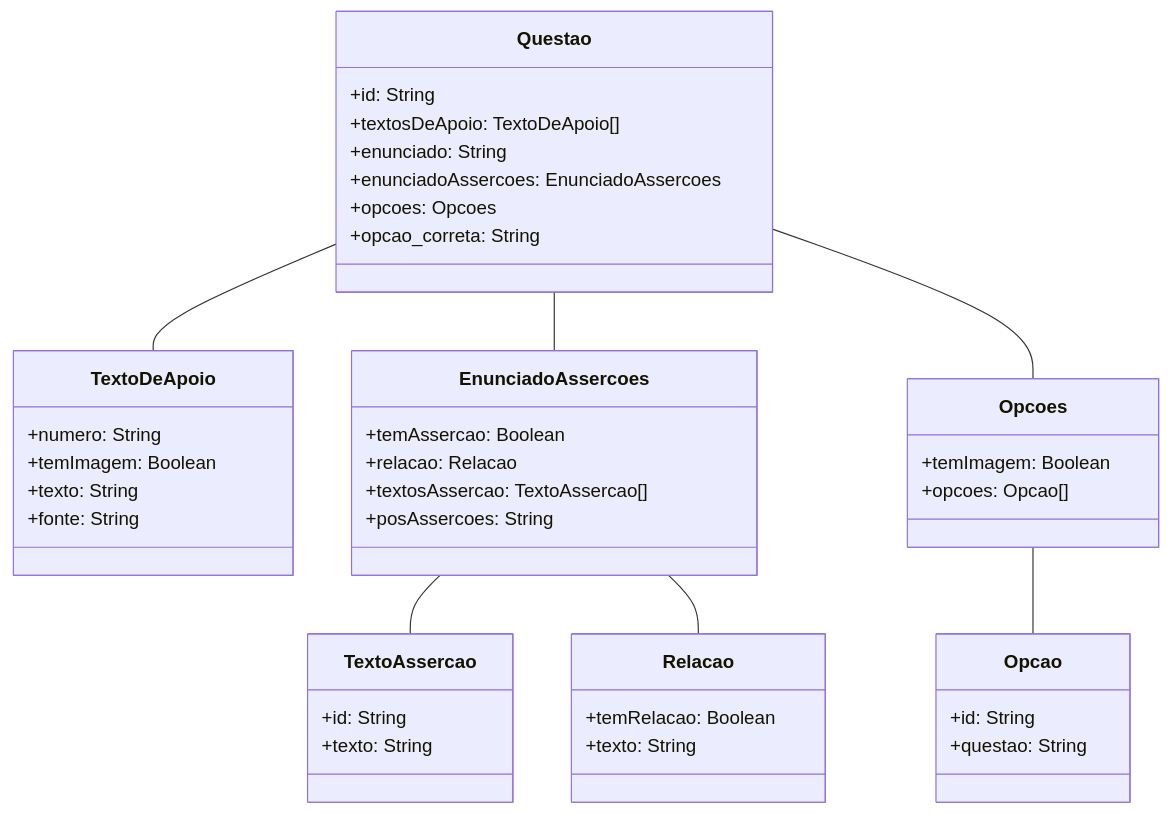
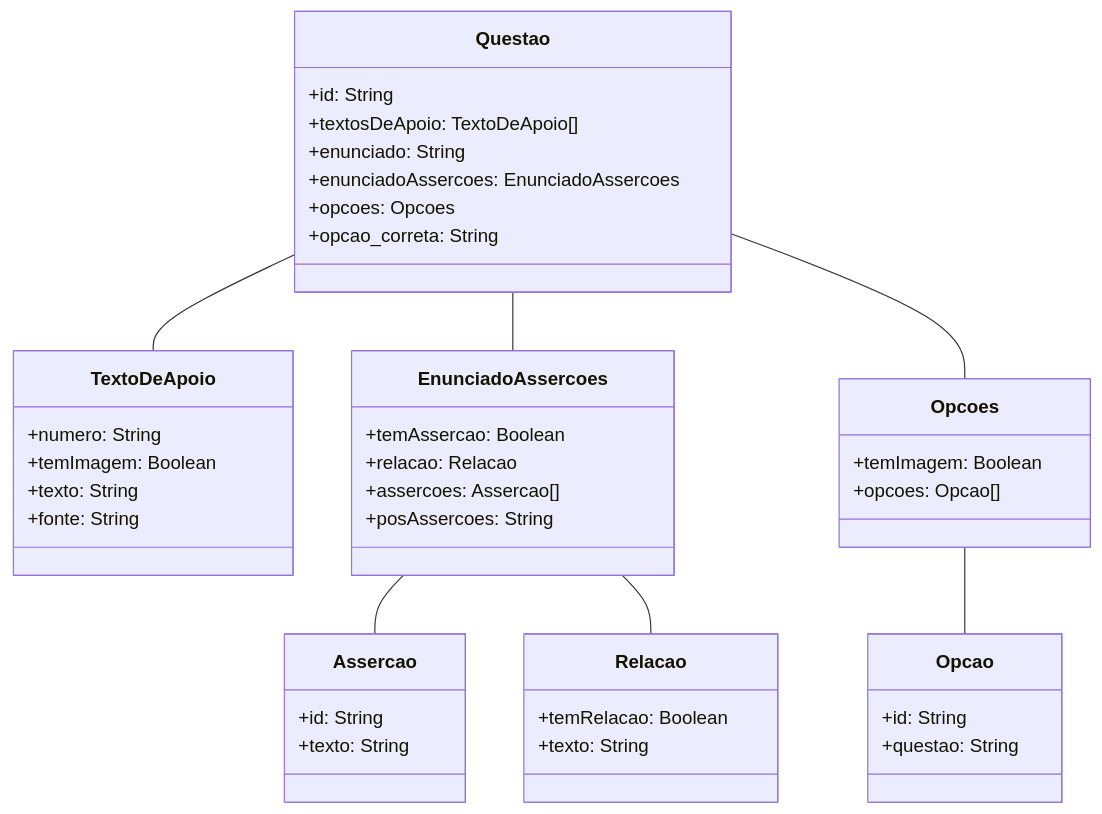
The diagram in README.md (LeviPereira9/primeiraapi), drawn with Mermaid before and after one commit.

````diff
--- a/README.md
+++ b/README.md
@@ -4,52 +4,52 @@
 ```mermaid
 classDiagram
     class Questao {
         +id: String
         +textosDeApoio: TextoDeApoio[]
         +enunciado: String
         +enunciadoAssercoes: EnunciadoAssercoes
         +opcoes: Opcoes
         +opcao_correta: String
     }
 
     class TextoDeApoio {
         +numero: String
         +temImagem: Boolean
         +texto: String
         +fonte: String
     }
 
     class EnunciadoAssercoes {
         +temAssercao: Boolean
         +relacao: Relacao
-        +textosAssercao: TextoAssercao[]
+        +assercoes: Assercao[]
         +posAssercoes: String
     }
 
     class Relacao {
         +temRelacao: Boolean
         +texto: String
     }
 
-    class TextoAssercao {
+    class Assercao {
         +id: String
         +texto: String
     }
 
     class Opcoes {
         +temImagem: Boolean
         +opcoes: Opcao[]
     }
 
     class Opcao {
         +id: String
         +questao: String
     }
 
     Questao -- TextoDeApoio
     Questao -- EnunciadoAssercoes
     Questao -- Opcoes
     Opcoes -- Opcao
-    EnunciadoAssercoes -- TextoAssercao
+    EnunciadoAssercoes -- Assercao
     EnunciadoAssercoes -- Relacao
 ```
````
